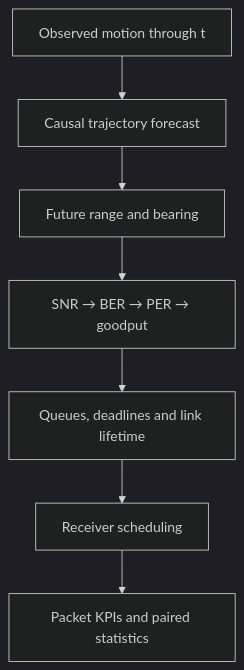
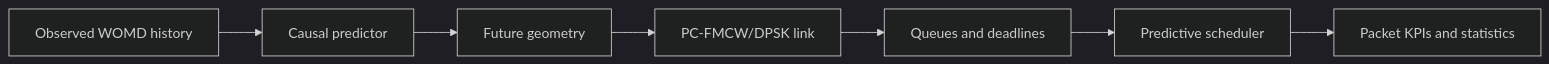
The diagram in README.md (panagiotagrosdouli/idea), drawn with Mermaid (dark theme) before and after one commit. The commit also changed other lines of this file and 37 other files, not shown here.

````diff
--- a/README.md
+++ b/README.md
@@ -55,9 +24,9 @@
 ```mermaid
-flowchart TD
-    A["Observed motion through t"] --> B["Causal trajectory forecast"]
-    B --> C["Future range and bearing"]
-    C --> D["SNR → BER → PER → goodput"]
-    D --> E["Queues, deadlines and link lifetime"]
-    E --> F["Receiver scheduling"]
-    F --> G["Packet KPIs and paired statistics"]
+flowchart LR
+    A["Observed WOMD history"] --> B["Causal predictor"]
+    B --> C["Future geometry"]
+    C --> D["PC-FMCW/DPSK link"]
+    D --> E["Queues and deadlines"]
+    E --> F["Predictive scheduler"]
+    F --> G["Packet KPIs and statistics"]
 ```
````
